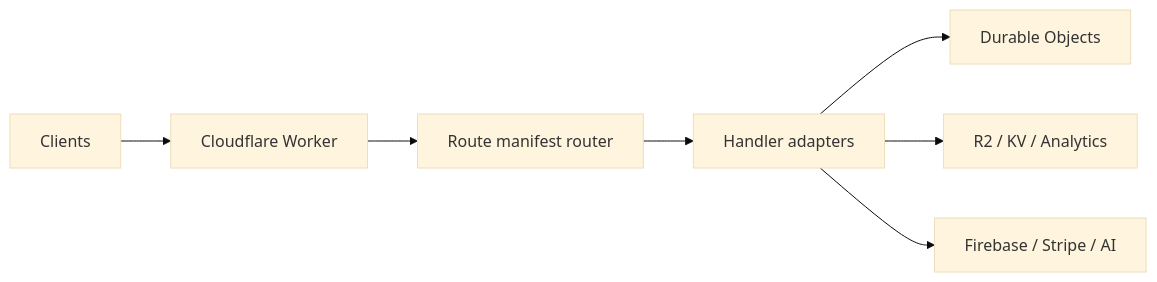
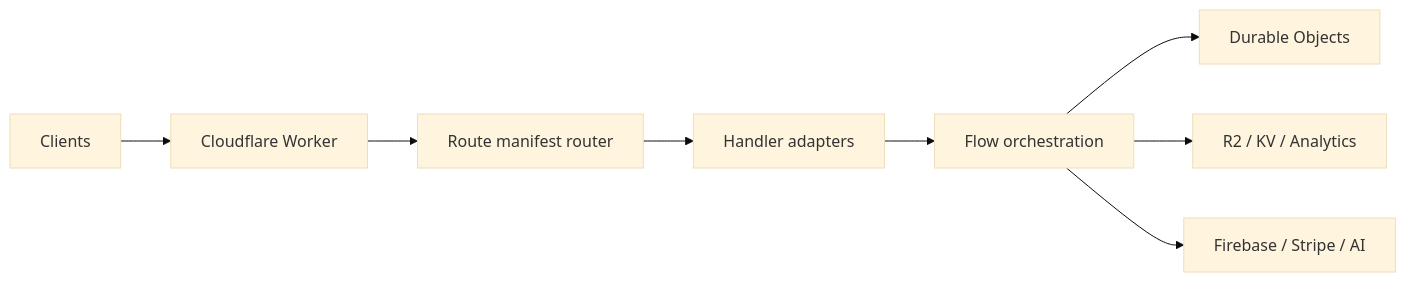
The diagram in infra/cloudflare/README.md (ocentra/ocentra-games), drawn with Mermaid (base theme) before and after one commit. The commit also changed other lines of this file and 35 other files, not shown here.

````diff
--- a/infra/cloudflare/README.md
+++ b/infra/cloudflare/README.md
@@ -19,9 +20,10 @@
 ```mermaid
 flowchart LR
   Client[Clients] --> Worker[Cloudflare Worker]
   Worker --> Router[Route manifest router]
   Router --> Handlers[Handler adapters]
-  Handlers --> DOs[Durable Objects]
-  Handlers --> R2[R2 / KV / Analytics]
-  Handlers --> External[Firebase / Stripe / AI]
+  Handlers --> Flows[Flow orchestration]
+  Flows --> DOs[Durable Objects]
+  Flows --> R2[R2 / KV / Analytics]
+  Flows --> External[Firebase / Stripe / AI]
 ```
````
